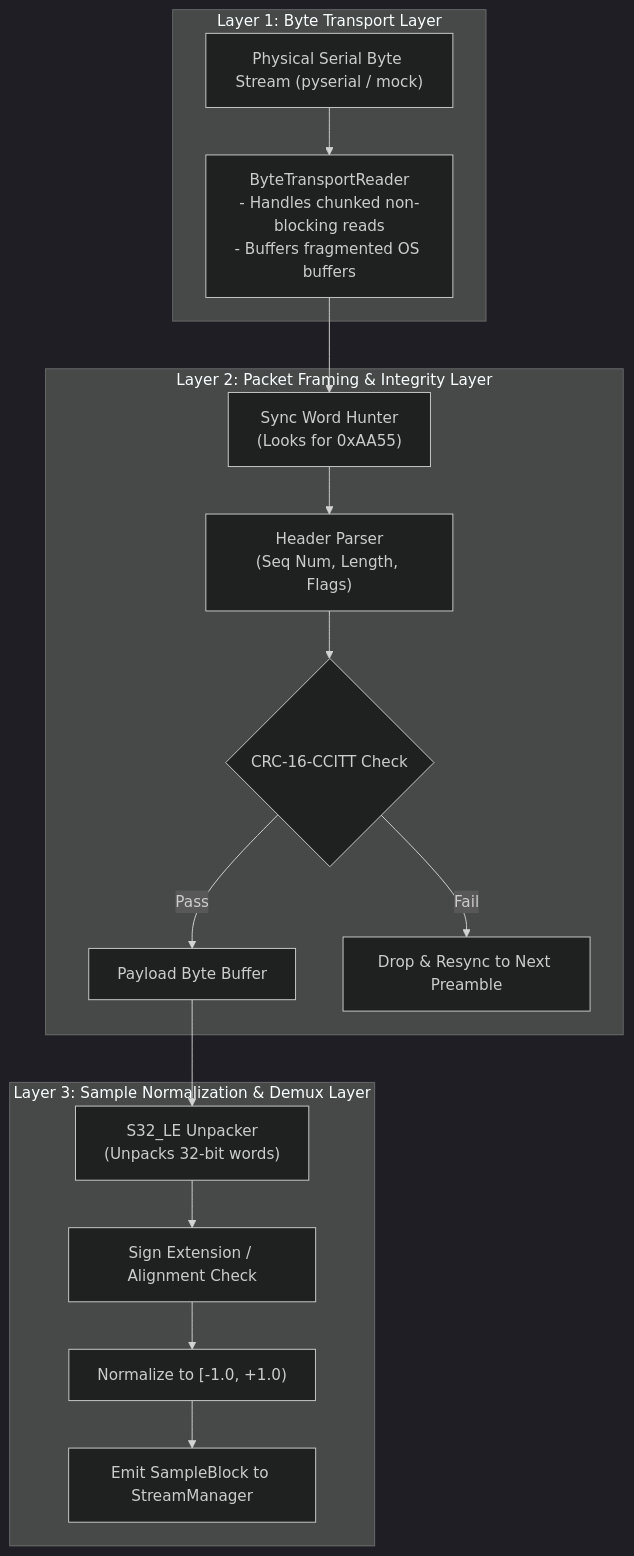
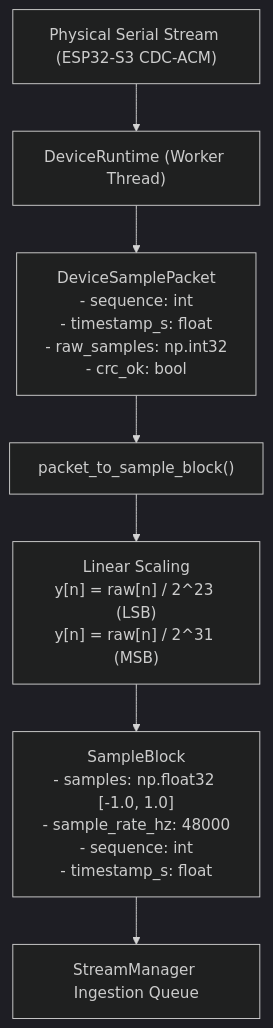
One commit to egecagintepe/ausculta-forge changed the diagram in docs/engineering/code-atlas/USB_PROTOCOL_ENGINEERING.md. Above: the diagram before and after it, drawn with Mermaid (dark theme). The commit also changed other lines of this file and 38 other files, not shown here.

````diff
--- a/docs/engineering/code-atlas/USB_PROTOCOL_ENGINEERING.md
+++ b/docs/engineering/code-atlas/USB_PROTOCOL_ENGINEERING.md
@@ -33,21 +79,9 @@
 ```mermaid
 graph TD
-    subgraph LAYER_1 ["Layer 1: Byte Transport Layer"]
-        PHYS_BYTES["Physical Serial Byte Stream (pyserial / mock)"] --> L1_READER["ByteTransportReader<br>- Handles chunked non-blocking reads<br>- Buffers fragmented OS buffers"]
-    end
-
-    subgraph LAYER_2 ["Layer 2: Packet Framing & Integrity Layer"]
-        L1_READER --> PREAMBLE_HUNT["Sync Word Hunter<br>(Looks for 0xAA55)"]
-        PREAMBLE_HUNT --> HEADER_PARSE["Header Parser<br>(Seq Num, Length, Flags)"]
-        HEADER_PARSE --> CRC_CHECK{"CRC-16-CCITT Check"}
-        CRC_CHECK -->|Pass| VALID_FRAME["Payload Byte Buffer"]
-        CRC_CHECK -->|Fail| DROP_FRAME["Drop & Resync to Next Preamble"]
-    end
-
-    subgraph LAYER_3 ["Layer 3: Sample Normalization & Demux Layer"]
-        VALID_FRAME --> UNPACK_S32["S32_LE Unpacker<br>(Unpacks 32-bit words)"]
-        UNPACK_S32 --> SIGN_EXT["Sign Extension / Alignment Check"]
-        SIGN_EXT --> FLOAT_NORM["Normalize to [-1.0, +1.0)"]
-        FLOAT_NORM --> EMIT_BLOCK["Emit SampleBlock to StreamManager"]
-    end
+    PHYS_BYTES["Physical Serial Stream (ESP32-S3 CDC-ACM)"] --> RUNTIME["DeviceRuntime (Worker Thread)"]
+    RUNTIME --> PACKET["DeviceSamplePacket<br>- sequence: int<br>- timestamp_s: float<br>- raw_samples: np.int32<br>- crc_ok: bool"]
+    PACKET --> ADAPTER["packet_to_sample_block()"]
+    ADAPTER --> SAMPLES["Linear Scaling<br>y[n] = raw[n] / 2^23 (LSB)<br>y[n] = raw[n] / 2^31 (MSB)"]
+    SAMPLES --> BLOCK["SampleBlock<br>- samples: np.float32 [-1.0, 1.0]<br>- sample_rate_hz: 48000<br>- sequence: int<br>- timestamp_s: float"]
+    BLOCK --> STREAM["StreamManager Ingestion Queue"]
 ```
````
